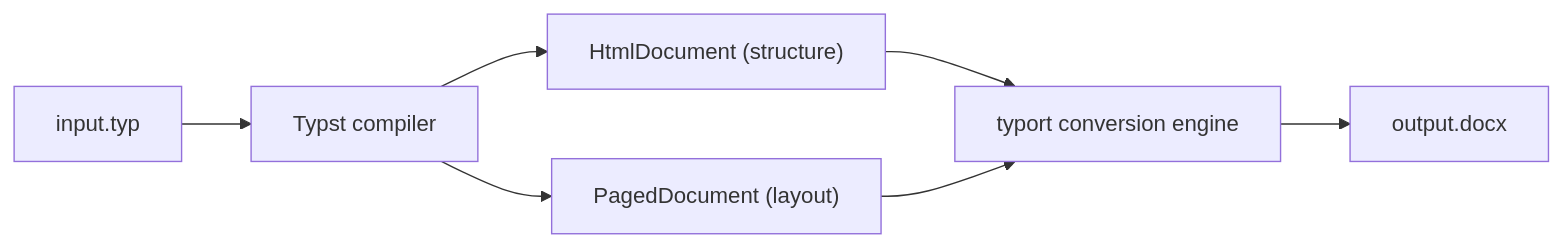
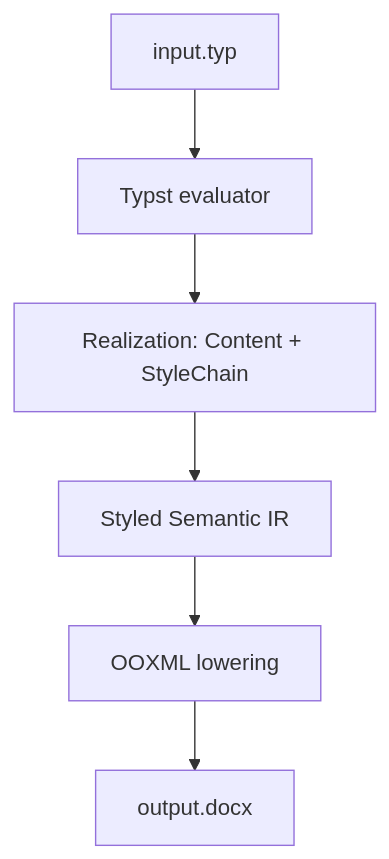
Before and after one commit to kwadraten/tydocx: the first of 2 diagrams in README.md, drawn with Mermaid. The commit also changed other lines of this file and 1 other file, not shown here.

Commit message:
docs: sync README architecture to the new design, add Chinese version
Keep the structure; replace the triple-source description with the
target design (evaluate once, realize (Content, StyleChain), lower
an owned Styled Semantic IR to OOXML) and note the migration status
(step 1 done, realize path is step 2). README.zh-CN.md is a full
translation of the synced README; the two versions link each other.

````diff
--- a/README.md
+++ b/README.md
@@ -26,9 +28,8 @@
 ```mermaid
-flowchart LR
-    INPUT["input.typ"] --> COMP["Typst compiler"]
-    COMP --> HTML["HtmlDocument (structure)"]
-    COMP --> PAGED["PagedDocument (layout)"]
-    HTML --> ENG["typort conversion engine"]
-    PAGED --> ENG
-    ENG --> OUT["output.docx"]
+flowchart TD
+    SRC["input.typ"] --> EVAL["Typst evaluator"]
+    EVAL --> REAL["Realization: Content + StyleChain"]
+    REAL --> IR["Styled Semantic IR"]
+    IR --> LOW["OOXML lowering"]
+    LOW --> OUT["output.docx"]
 ```
````
